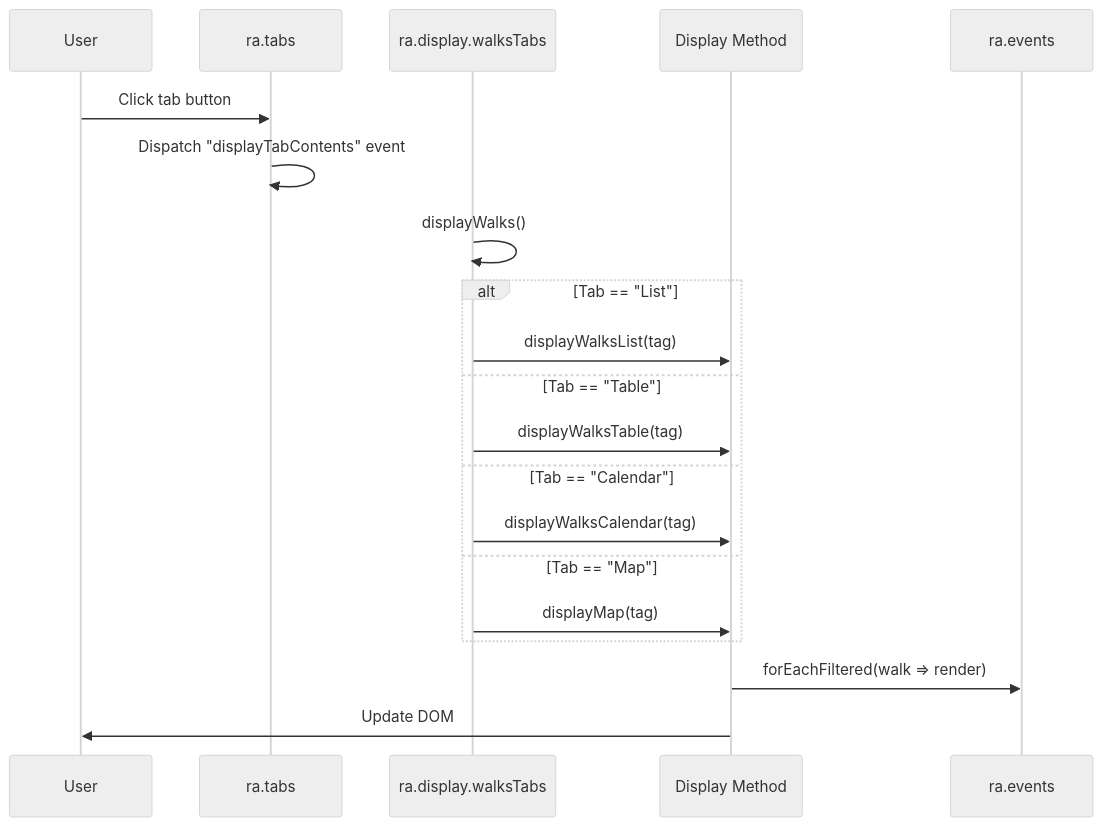
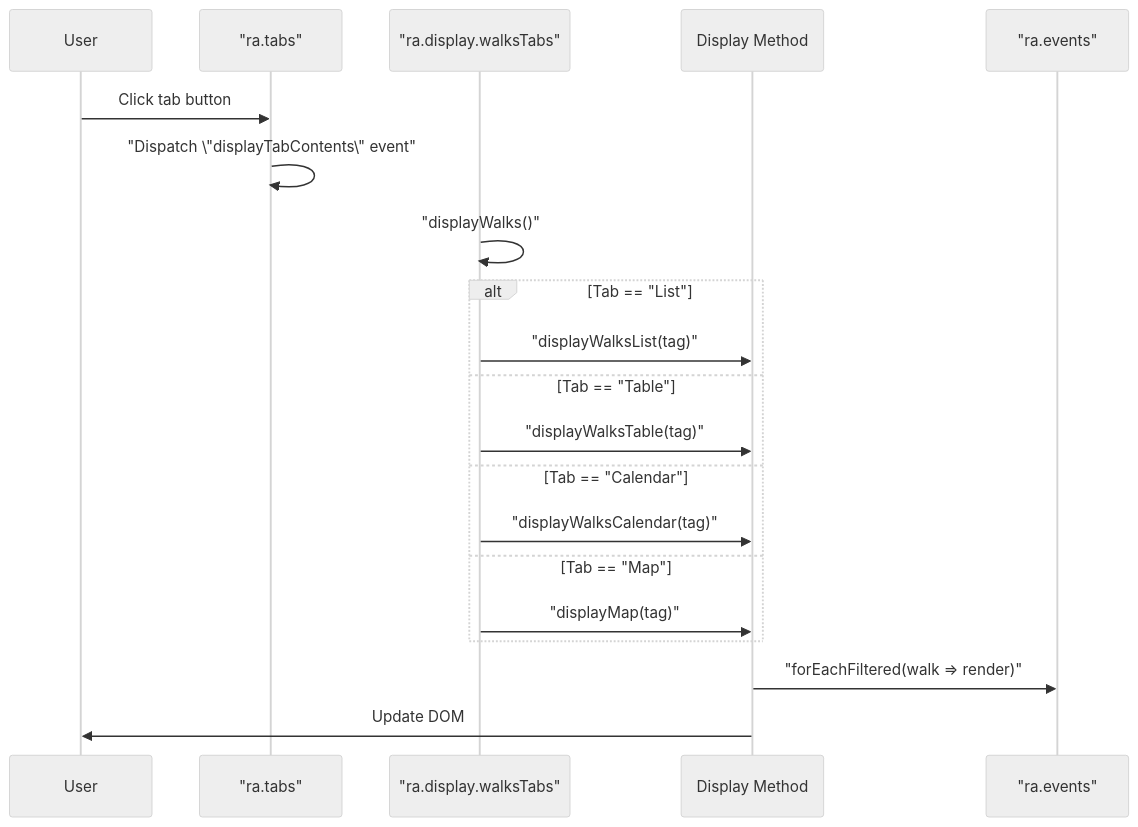
The third of 5 diagrams in media/jsonwalks/HLD.md (pauljrhodes/ramblers-library), drawn with Mermaid (neutral theme) before and after one commit. The commit also changed other lines of this file and 33 other files, not shown here.

Commit message:
Normalize Mermaid diagrams for GitHub rendering

````diff
--- a/media/jsonwalks/HLD.md
+++ b/media/jsonwalks/HLD.md
@@ -223,23 +223,23 @@
 ```mermaid
 sequenceDiagram
     participant User as User
-    participant Tabs as ra.tabs
-    participant WalksTabs as ra.display.walksTabs
+    participant Tabs as "ra.tabs"
+    participant WalksTabs as "ra.display.walksTabs"
     participant Display as Display Method
-    participant Events as ra.events
+    participant Events as "ra.events"
 
     User->>Tabs: Click tab button
-    Tabs->>Tabs: Dispatch "displayTabContents" event
-    WalksTabs->>WalksTabs: displayWalks()
+    Tabs->>Tabs: "Dispatch \"displayTabContents\" event"
+    WalksTabs->>WalksTabs: "displayWalks()"
     alt Tab == "List"
-        WalksTabs->>Display: displayWalksList(tag)
+        WalksTabs->>Display: "displayWalksList(tag)"
     else Tab == "Table"
-        WalksTabs->>Display: displayWalksTable(tag)
+        WalksTabs->>Display: "displayWalksTable(tag)"
     else Tab == "Calendar"
-        WalksTabs->>Display: displayWalksCalendar(tag)
+        WalksTabs->>Display: "displayWalksCalendar(tag)"
     else Tab == "Map"
-        WalksTabs->>Display: displayMap(tag)
+        WalksTabs->>Display: "displayMap(tag)"
     end
-    Display->>Events: forEachFiltered(walk => render)
+    Display->>Events: "forEachFiltered(walk => render)"
     Display->>User: Update DOM
 ```
````
